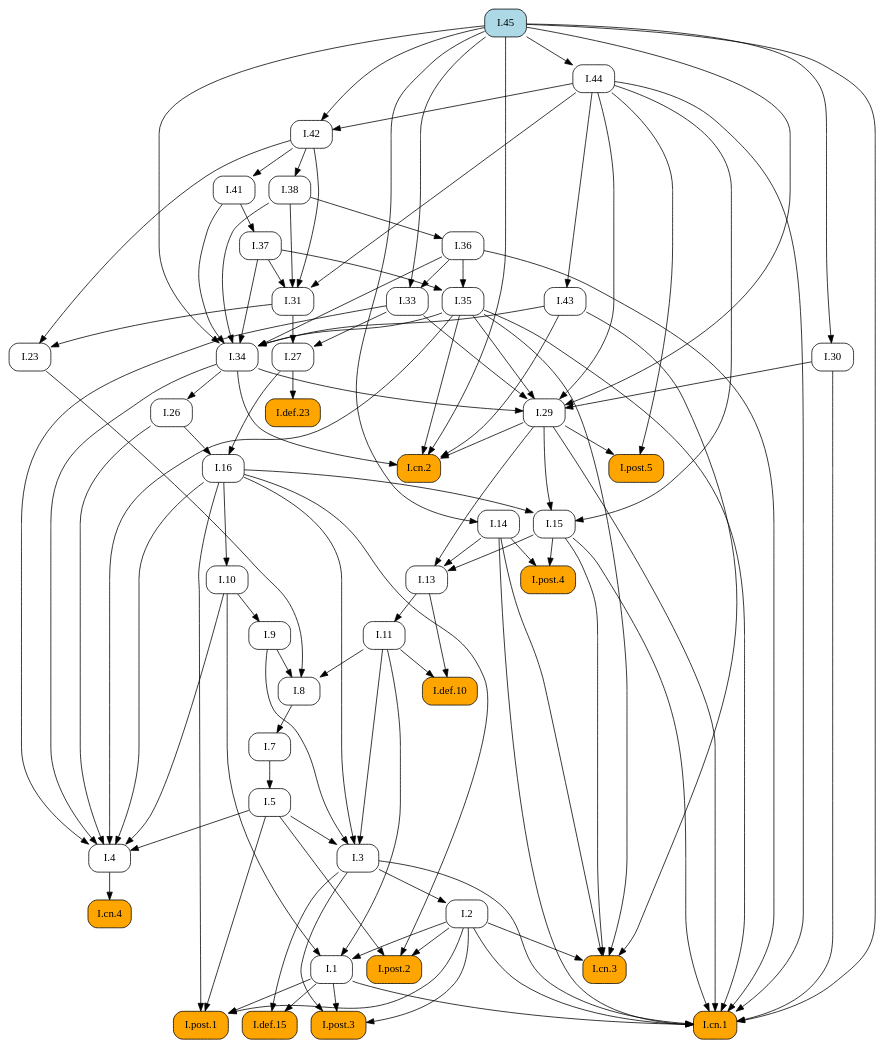
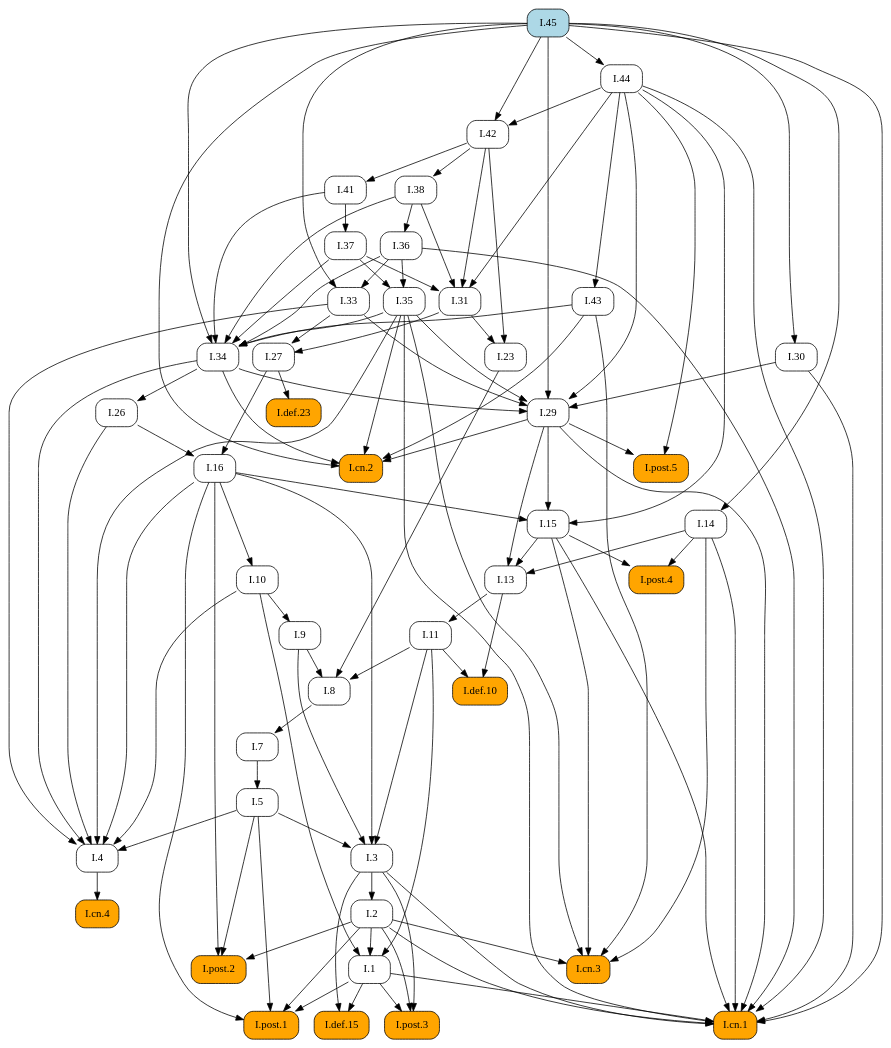
Before and after one commit to geometor/elements: the diagram in docsrc/elements2/I/45/index.rst, drawn with Graphviz. The commit also changed other lines of this file and 409 other files, not shown here.

First line of the commit message:
feat: Add image cropping and graphic extraction script

```diff
--- a/docsrc/elements2/I/45/index.rst
+++ b/docsrc/elements2/I/45/index.rst
@@ -74,102 +74,70 @@
    digraph {
      rankdir="TB";
      node [shape=box, style=rounded];
+     "I.37" [URL="/elements2/I/37/", target="_top"];
+     "I.43" [URL="/elements2/I/43/", target="_top"];
+     "I.31" [URL="/elements2/I/31/", target="_top"];
+     "I.cn.2" [style="rounded,filled", fillcolor=orange, URL="/elements2/I/cn.2/", target="_top"];
+     "I.41" [URL="/elements2/I/41/", target="_top"];
      "I.8" [URL="/elements2/I/8/", target="_top"];
+     "I.15" [URL="/elements2/I/15/", target="_top"];
+     "I.5" [URL="/elements2/I/5/", target="_top"];
+     "I.44" [URL="/elements2/I/44/", target="_top"];
+     "I.26" [URL="/elements2/I/26/", target="_top"];
+     "I.cn.1" [style="rounded,filled", fillcolor=orange, URL="/elements2/I/cn.1/", target="_top"];
+     "I.7" [URL="/elements2/I/7/", target="_top"];
+     "I.23" [URL="/elements2/I/23/", target="_top"];
+     "I.16" [URL="/elements2/I/16/", target="_top"];
+     "I.35" [URL="/elements2/I/35/", target="_top"];
+     "I.34" [URL="/elements2/I/34/", target="_top"];
+     "I.30" [URL="/elements2/I/30/", target="_top"];
+     "I.33" [URL="/elements2/I/33/", target="_top"];
+     "I.42" [URL="/elements2/I/42/", target="_top"];
+     "I.def.15" [style="rounded,filled", fillcolor=orange, URL="/elements2/I/def.15/", target="_top"];
+     "I.38" [URL="/elements2/I/38/", target="_top"];
+     "I.def.10" [style="rounded,filled", fillcolor=orange, URL="/elements2/I/def.10/", target="_top"];
+     "I.11" [URL="/elements2/I/11/", target="_top"];
+     "I.def.23" [style="rounded,filled", fillcolor=orange, URL="/elements2/I/def.23/", target="_top"];
+     "I.post.5" [style="rounded,filled", fillcolor=orange, URL="/elements2/I/post.5/", target="_top"];
+     "I.3" [URL="/elements2/I/3/", target="_top"];
+     "I.14" [URL="/elements2/I/14/", target="_top"];
+     "I.10" [URL="/elements2/I/10/", target="_top"];
+     "I.cn.3" [style="rounded,filled", fillcolor=orange, URL="/elements2/I/cn.3/", target="_top"];
+     "I.13" [URL="/elements2/I/13/", target="_top"];
+     "I.4" [URL="/elements2/I/4/", target="_top"];
+     "I.post.3" [style="rounded,filled", fillcolor=orange, URL="/elements2/I/post.3/", target="_top"];
+     "I.9" [URL="/elements2/I/9/", target="_top"];
+     "I.29" [URL="/elements2/I/29/", target="_top"];
      "I.36" [URL="/elements2/I/36/", target="_top"];
+     "I.45" [style="rounded,filled", fillcolor=lightblue, URL="/elements2/I/45/", target="_top"];
      "I.post.1" [style="rounded,filled", fillcolor=orange, URL="/elements2/I/post.1/", target="_top"];
-     "I.14" [URL="/elements2/I/14/", target="_top"];
-     "I.33" [URL="/elements2/I/33/", target="_top"];
-     "I.45" [style="rounded,filled", fillcolor=lightblue, URL="/elements2/I/45/", target="_top"];
-     "I.5" [URL="/elements2/I/5/", target="_top"];
-     "I.38" [URL="/elements2/I/38/", target="_top"];
-     "I.post.5" [style="rounded,filled", fillcolor=orange, URL="/elements2/I/post.5/", target="_top"];
-     "I.def.10" [style="rounded,filled", fillcolor=orange, URL="/elements2/I/def.10/", target="_top"];
-     "I.30" [URL="/elements2/I/30/", target="_top"];
-     "I.cn.2" [style="rounded,filled", fillcolor=orange, URL="/elements2/I/cn.2/", target="_top"];
-     "I.def.15" [style="rounded,filled", fillcolor=orange, URL="/elements2/I/def.15/", target="_top"];
-     "I.31" [URL="/elements2/I/31/", target="_top"];
-     "I.11" [URL="/elements2/I/11/", target="_top"];
-     "I.43" [URL="/elements2/I/43/", target="_top"];
-     "I.3" [URL="/elements2/I/3/", target="_top"];
-     "I.def.23" [style="rounded,filled", fillcolor=orange, URL="/elements2/I/def.23/", target="_top"];
-     "I.post.2" [style="rounded,filled", fillcolor=orange, URL="/elements2/I/post.2/", target="_top"];
-     "I.26" [URL="/elements2/I/26/", target="_top"];
-     "I.cn.3" [style="rounded,filled", fillcolor=orange, URL="/elements2/I/cn.3/", target="_top"];
-     "I.cn.4" [style="rounded,filled", fillcolor=orange, URL="/elements2/I/cn.4/", target="_top"];
-     "I.1" [URL="/elements2/I/1/", target="_top"];
-     "I.7" [URL="/elements2/I/7/", target="_top"];
-     "I.42" [URL="/elements2/I/42/", target="_top"];
-     "I.9" [URL="/elements2/I/9/", target="_top"];
-     "I.cn.1" [style="rounded,filled", fillcolor=orange, URL="/elements2/I/cn.1/", target="_top"];
-     "I.29" [URL="/elements2/I/29/", target="_top"];
-     "I.post.4" [style="rounded,filled", fillcolor=orange, URL="/elements2/I/post.4/", target="_top"];
-     "I.16" [URL="/elements2/I/16/", target="_top"];
-     "I.13" [URL="/elements2/I/13/", target="_top"];
-     "I.41" [URL="/elements2/I/41/", target="_top"];
-     "I.35" [URL="/elements2/I/35/", target="_top"];
      "I.2" [URL="/elements2/I/2/", target="_top"];
      "I.27" [URL="/elements2/I/27/", target="_top"];
-     "I.37" [URL="/elements2/I/37/", target="_top"];
-     "I.4" [URL="/elements2/I/4/", target="_top"];
-     "I.44" [URL="/elements2/I/44/", target="_top"];
-     "I.10" [URL="/elements2/I/10/", target="_top"];
-     "I.15" [URL="/elements2/I/15/", target="_top"];
-     "I.34" [URL="/elements2/I/34/", target="_top"];
-     "I.23" [URL="/elements2/I/23/", target="_top"];
-     "I.post.3" [style="rounded,filled", fillcolor=orange, URL="/elements2/I/post.3/", target="_top"];
-     "I.9" -> "I.8";
-     "I.11" -> "I.8";
-     "I.23" -> "I.8";
-     "I.38" -> "I.36";
-     "I.1" -> "I.post.1";
-     "I.2" -> "I.post.1";
-     "I.5" -> "I.post.1";
-     "I.16" -> "I.post.1";
-     "I.45" -> "I.14";
-     "I.36" -> "I.33";
-     "I.45" -> "I.33";
-     "I.7" -> "I.5";
-     "I.42" -> "I.38";
-     "I.29" -> "I.post.5";
-     "I.44" -> "I.post.5";
-     "I.11" -> "I.def.10";
-     "I.13" -> "I.def.10";
-     "I.45" -> "I.30";
+     "I.cn.4" [style="rounded,filled", fillcolor=orange, URL="/elements2/I/cn.4/", target="_top"];
+     "I.post.4" [style="rounded,filled", fillcolor=orange, URL="/elements2/I/post.4/", target="_top"];
+     "I.1" [URL="/elements2/I/1/", target="_top"];
+     "I.post.2" [style="rounded,filled", fillcolor=orange, URL="/elements2/I/post.2/", target="_top"];
+     "I.41" -> "I.37";
+     "I.44" -> "I.43";
+     "I.37" -> "I.31";
+     "I.38" -> "I.31";
+     "I.42" -> "I.31";
+     "I.44" -> "I.31";
      "I.29" -> "I.cn.2";
      "I.34" -> "I.cn.2";
      "I.35" -> "I.cn.2";
      "I.43" -> "I.cn.2";
      "I.45" -> "I.cn.2";
-     "I.1" -> "I.def.15";
-     "I.3" -> "I.def.15";
-     "I.37" -> "I.31";
-     "I.38" -> "I.31";
-     "I.42" -> "I.31";
-     "I.44" -> "I.31";
-     "I.13" -> "I.11";
-     "I.44" -> "I.43";
-     "I.5" -> "I.3";
-     "I.9" -> "I.3";
-     "I.11" -> "I.3";
-     "I.16" -> "I.3";
-     "I.27" -> "I.def.23";
-     "I.2" -> "I.post.2";
-     "I.5" -> "I.post.2";
-     "I.16" -> "I.post.2";
+     "I.42" -> "I.41";
+     "I.9" -> "I.8";
+     "I.11" -> "I.8";
+     "I.23" -> "I.8";
+     "I.16" -> "I.15";
+     "I.29" -> "I.15";
+     "I.44" -> "I.15";
+     "I.7" -> "I.5";
+     "I.45" -> "I.44";
      "I.34" -> "I.26";
-     "I.2" -> "I.cn.3";
-     "I.14" -> "I.cn.3";
-     "I.15" -> "I.cn.3";
-     "I.35" -> "I.cn.3";
-     "I.43" -> "I.cn.3";
-     "I.4" -> "I.cn.4";
-     "I.2" -> "I.1";
-     "I.10" -> "I.1";
-     "I.11" -> "I.1";
-     "I.8" -> "I.7";
-     "I.44" -> "I.42";
-     "I.45" -> "I.42";
-     "I.10" -> "I.9";
      "I.1" -> "I.cn.1";
      "I.2" -> "I.cn.1";
      "I.3" -> "I.cn.1";
@@ -181,26 +149,48 @@
      "I.36" -> "I.cn.1";
      "I.44" -> "I.cn.1";
      "I.45" -> "I.cn.1";
-     "I.30" -> "I.29";
-     "I.33" -> "I.29";
-     "I.34" -> "I.29";
-     "I.35" -> "I.29";
-     "I.44" -> "I.29";
-     "I.45" -> "I.29";
-     "I.14" -> "I.post.4";
-     "I.15" -> "I.post.4";
+     "I.8" -> "I.7";
+     "I.31" -> "I.23";
+     "I.42" -> "I.23";
      "I.26" -> "I.16";
      "I.27" -> "I.16";
+     "I.36" -> "I.35";
+     "I.37" -> "I.35";
+     "I.35" -> "I.34";
+     "I.36" -> "I.34";
+     "I.37" -> "I.34";
+     "I.38" -> "I.34";
+     "I.41" -> "I.34";
+     "I.43" -> "I.34";
+     "I.45" -> "I.34";
+     "I.45" -> "I.30";
+     "I.36" -> "I.33";
+     "I.45" -> "I.33";
+     "I.44" -> "I.42";
+     "I.45" -> "I.42";
+     "I.1" -> "I.def.15";
+     "I.3" -> "I.def.15";
+     "I.42" -> "I.38";
+     "I.11" -> "I.def.10";
+     "I.13" -> "I.def.10";
+     "I.13" -> "I.11";
+     "I.27" -> "I.def.23";
+     "I.29" -> "I.post.5";
+     "I.44" -> "I.post.5";
+     "I.5" -> "I.3";
+     "I.9" -> "I.3";
+     "I.11" -> "I.3";
+     "I.16" -> "I.3";
+     "I.45" -> "I.14";
+     "I.16" -> "I.10";
+     "I.2" -> "I.cn.3";
+     "I.14" -> "I.cn.3";
+     "I.15" -> "I.cn.3";
+     "I.35" -> "I.cn.3";
+     "I.43" -> "I.cn.3";
      "I.14" -> "I.13";
      "I.15" -> "I.13";
      "I.29" -> "I.13";
-     "I.42" -> "I.41";
-     "I.36" -> "I.35";
-     "I.37" -> "I.35";
-     "I.3" -> "I.2";
-     "I.31" -> "I.27";
-     "I.33" -> "I.27";
-     "I.41" -> "I.37";
      "I.5" -> "I.4";
      "I.10" -> "I.4";
      "I.16" -> "I.4";
@@ -208,21 +198,31 @@
      "I.33" -> "I.4";
      "I.34" -> "I.4";
      "I.35" -> "I.4";
-     "I.45" -> "I.44";
-     "I.16" -> "I.10";
-     "I.16" -> "I.15";
-     "I.29" -> "I.15";
-     "I.44" -> "I.15";
-     "I.35" -> "I.34";
-     "I.36" -> "I.34";
-     "I.37" -> "I.34";
-     "I.38" -> "I.34";
-     "I.41" -> "I.34";
-     "I.43" -> "I.34";
-     "I.45" -> "I.34";
-     "I.31" -> "I.23";
-     "I.42" -> "I.23";
      "I.1" -> "I.post.3";
      "I.2" -> "I.post.3";
      "I.3" -> "I.post.3";
+     "I.10" -> "I.9";
+     "I.30" -> "I.29";
+     "I.33" -> "I.29";
+     "I.34" -> "I.29";
+     "I.35" -> "I.29";
+     "I.44" -> "I.29";
+     "I.45" -> "I.29";
+     "I.38" -> "I.36";
+     "I.1" -> "I.post.1";
+     "I.2" -> "I.post.1";
+     "I.5" -> "I.post.1";
+     "I.16" -> "I.post.1";
+     "I.3" -> "I.2";
+     "I.31" -> "I.27";
+     "I.33" -> "I.27";
+     "I.4" -> "I.cn.4";
+     "I.14" -> "I.post.4";
+     "I.15" -> "I.post.4";
+     "I.2" -> "I.1";
+     "I.10" -> "I.1";
+     "I.11" -> "I.1";
+     "I.2" -> "I.post.2";
+     "I.5" -> "I.post.2";
+     "I.16" -> "I.post.2";
    }
```
